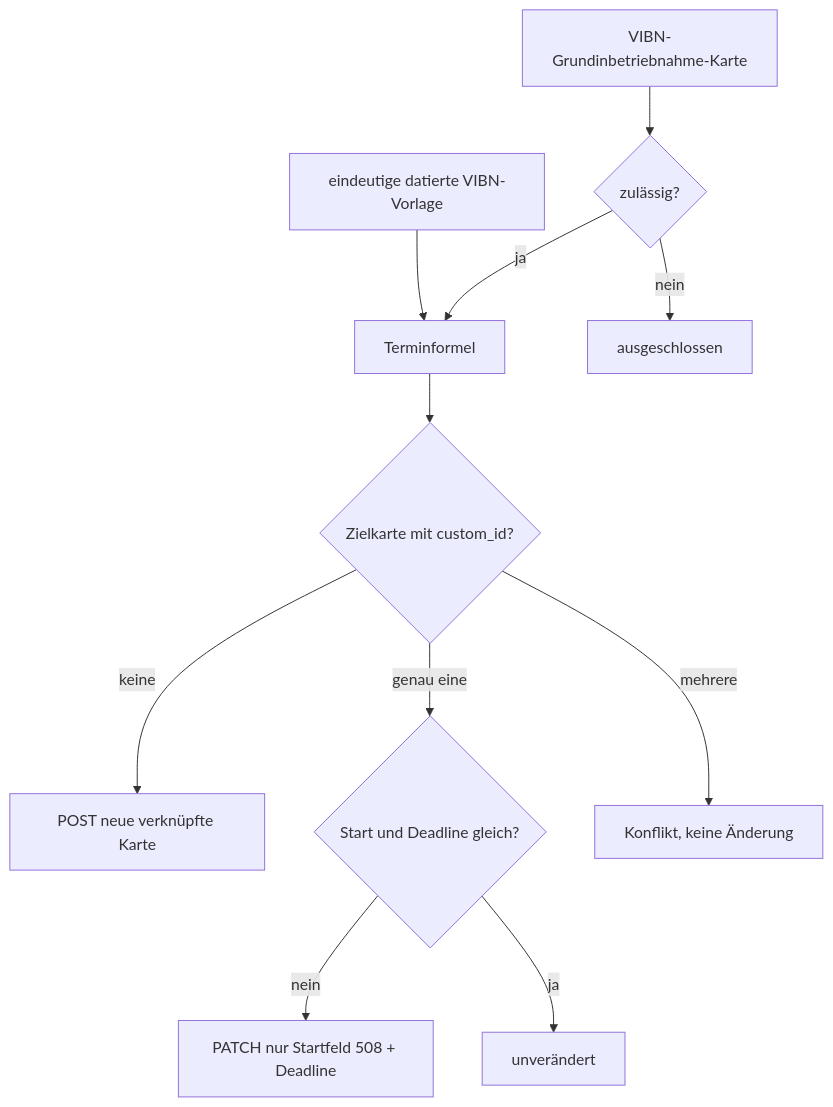
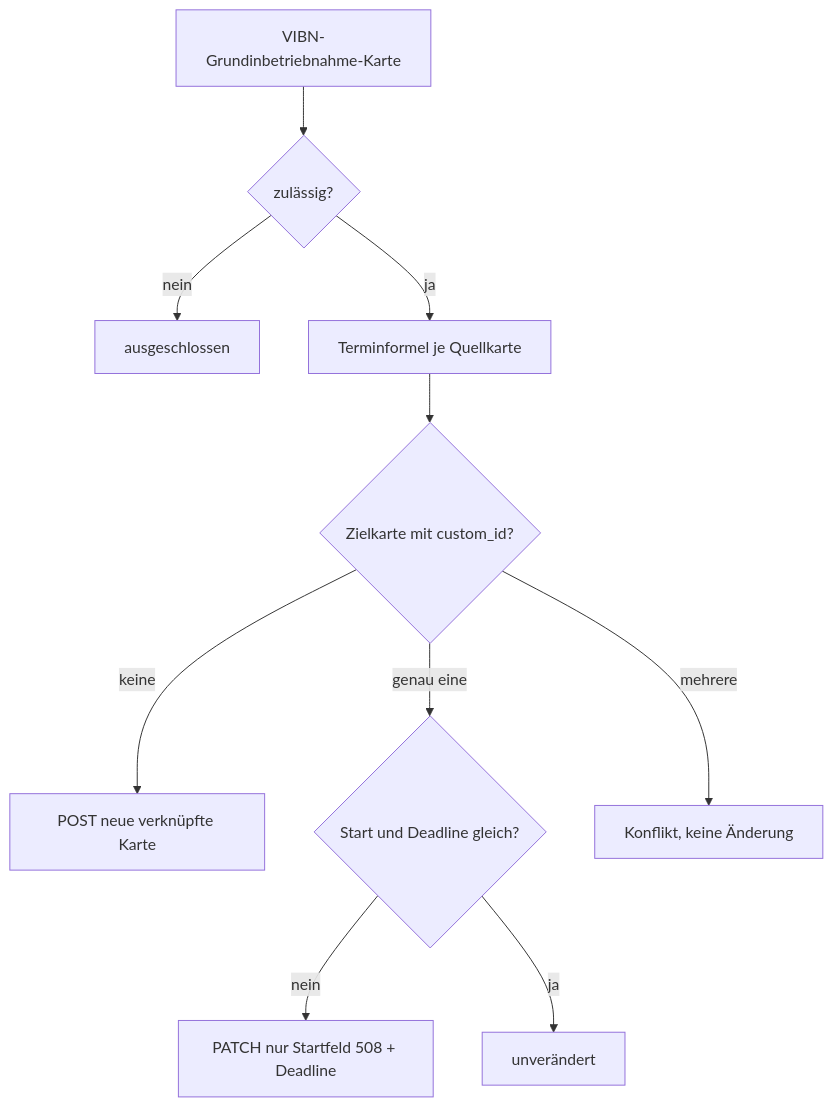
The fourth of 6 diagrams in docs/DATENFLUESSE.md (Marbest4/VIBN_Tools_integratedVico), drawn with Mermaid before and after one commit. The commit also changed other lines of this file and 21 other files, not shown here.

````diff
--- a/docs/DATENFLUESSE.md
+++ b/docs/DATENFLUESSE.md
@@ -65,13 +65,12 @@
 ```mermaid
 flowchart TD
     S[VIBN-Grundinbetriebnahme-Karte] --> V{zulässig?}
-    T[eindeutige datierte VIBN-Vorlage] --> F[Terminformel]
     V -- nein --> X[ausgeschlossen]
-    V -- ja --> F
+    V -- ja --> F[Terminformel je Quellkarte]
     F --> M{Zielkarte mit custom_id?}
     M -- keine --> C[POST neue verknüpfte Karte]
     M -- genau eine --> D{Start und Deadline gleich?}
     D -- nein --> P[PATCH nur Startfeld 508 + Deadline]
     D -- ja --> U[unverändert]
     M -- mehrere --> K[Konflikt, keine Änderung]
 ```
````
